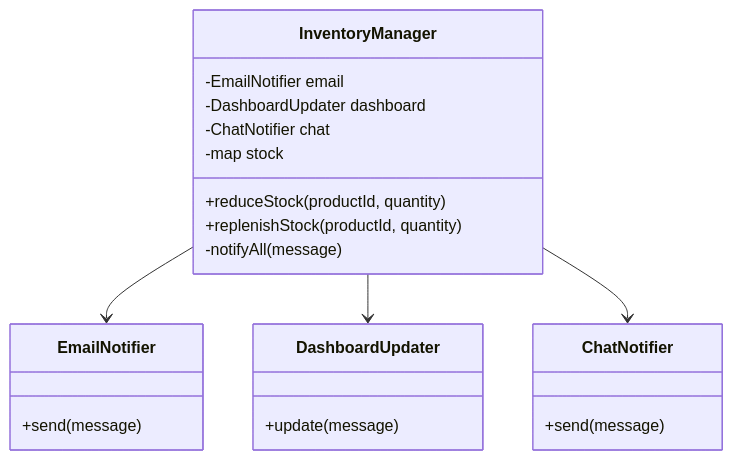
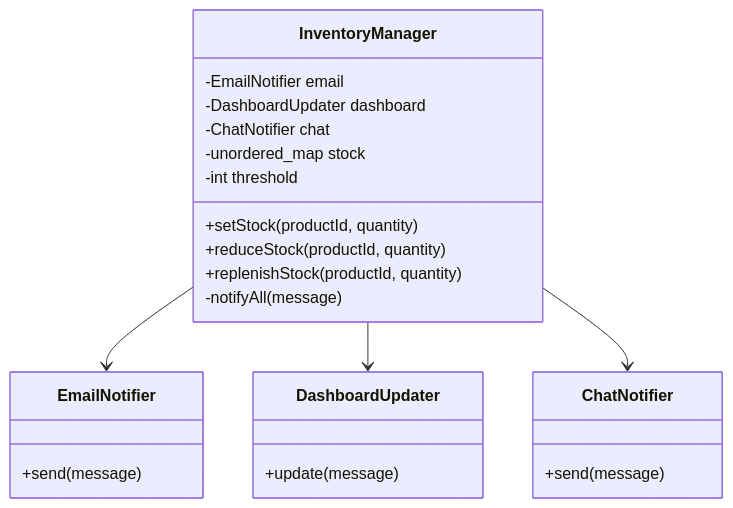
Before and after one commit to kumachan1101-pixel/DesignPattern: the first of 5 diagrams in kindle/design-patterns/output/chapter07.md, drawn with Mermaid. The commit also changed other lines of this file and 3 other files, not shown here.

First line of the commit message:
fix: ch04-07 クラス図修正・フェーズ6ステップ1再構成

````diff
--- a/kindle/design-patterns/output/chapter07.md
+++ b/kindle/design-patterns/output/chapter07.md
@@ -86,25 +86,27 @@
 ```mermaid
 classDiagram
     class InventoryManager {
         -EmailNotifier email
         -DashboardUpdater dashboard
         -ChatNotifier chat
-        -map stock
+        -unordered_map stock
+        -int threshold
+        +setStock(productId, quantity)
         +reduceStock(productId, quantity)
         +replenishStock(productId, quantity)
         -notifyAll(message)
     }
     class EmailNotifier {
         +send(message)
     }
     class DashboardUpdater {
         +update(message)
     }
     class ChatNotifier {
         +send(message)
     }
     InventoryManager --> EmailNotifier
     InventoryManager --> DashboardUpdater
     InventoryManager --> ChatNotifier
 
 ```
````
